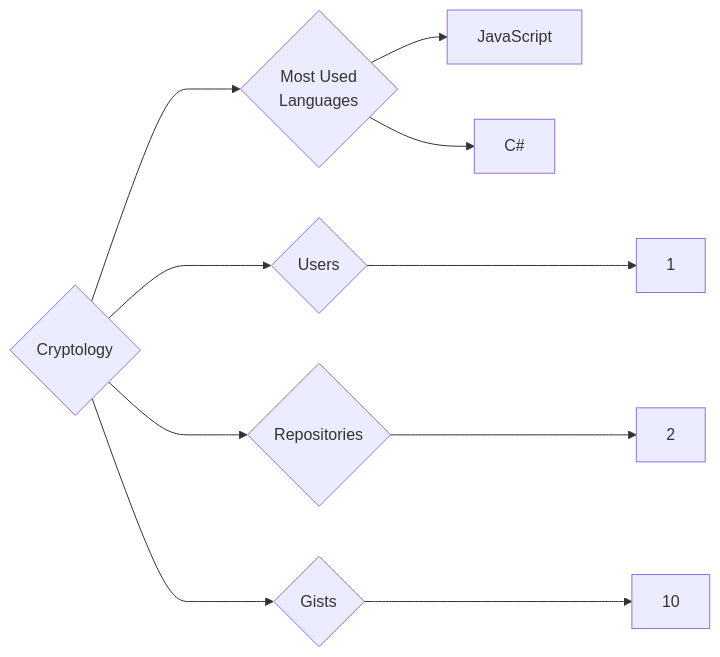
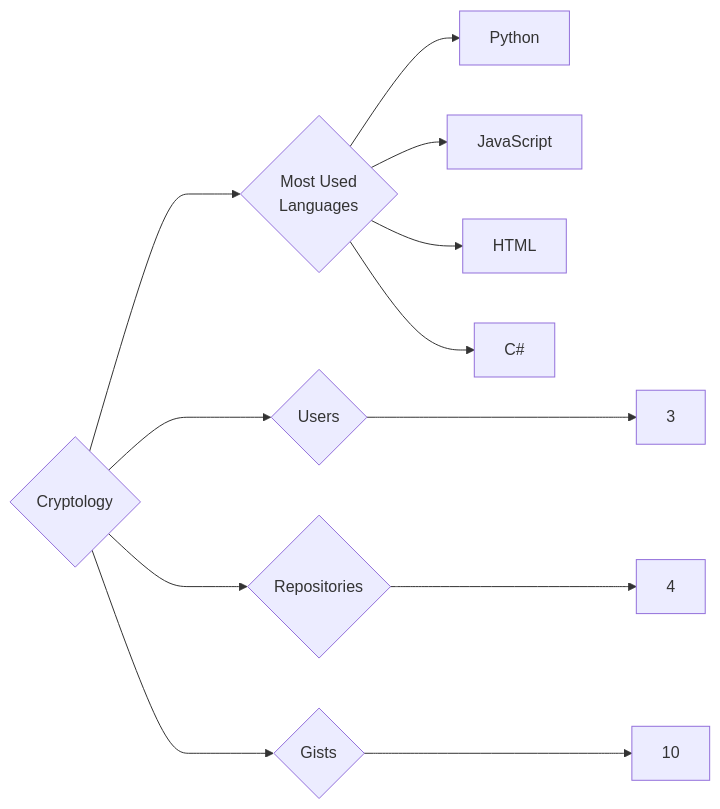
Before and after one commit to trickest/insiders: the diagram in targets/Cryptology/README.md, drawn with Mermaid. The commit also changed 934 other files, not shown here.

````diff
--- a/targets/Cryptology/README.md
+++ b/targets/Cryptology/README.md
@@ -3,10 +3,12 @@
 ```mermaid
 graph LR
 COMPANY_NAME{Cryptology}
-COMPANY_NAME ---> U{Users} ---> UN[1]
-COMPANY_NAME ---> R{Repositories} ---> RN[2]
+COMPANY_NAME ---> U{Users} ---> UN[3]
+COMPANY_NAME ---> R{Repositories} ---> RN[4]
 COMPANY_NAME ---> G{Gists} ---> GN[10]
 COMPANY_NAME ---> ML{Most Used<br>Languages}
+ML --> Python[Python]
 ML --> JavaScript[JavaScript]
+ML --> HTML[HTML]
 ML --> C#[C#]
 ```
````
